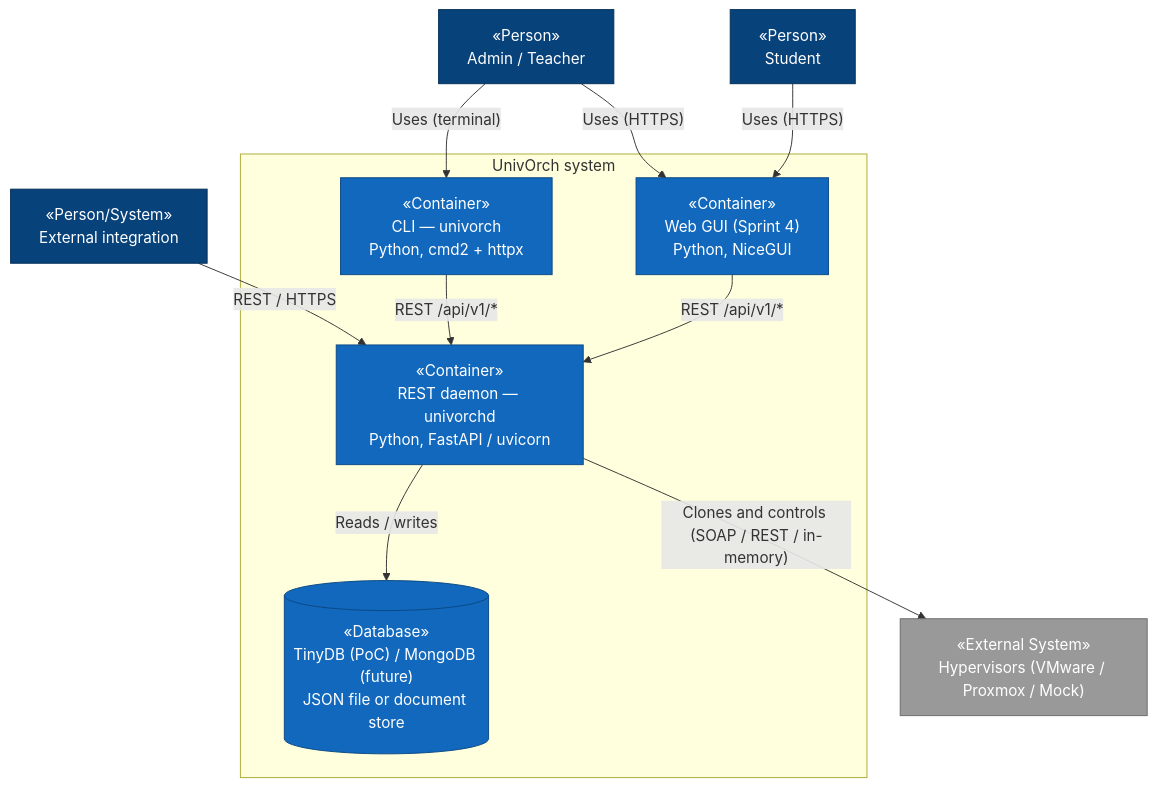
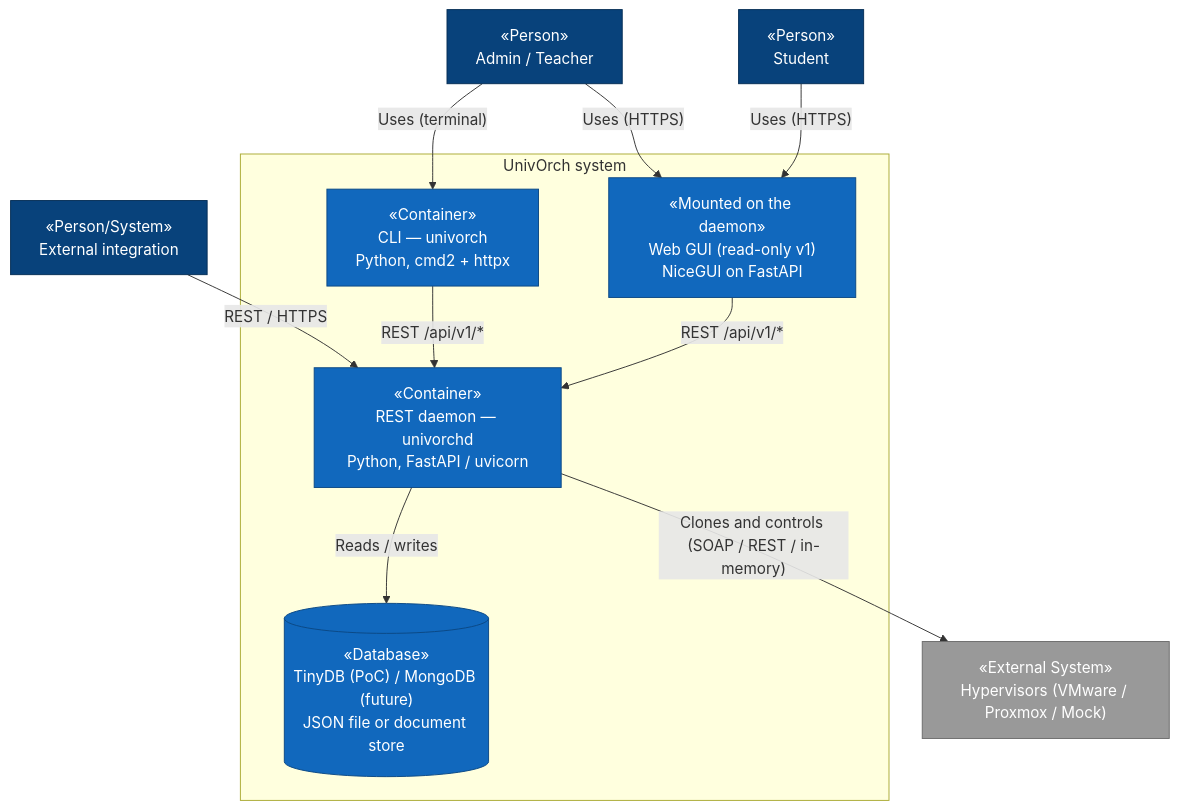
The second of 6 diagrams in docs/diagrams.md (clamaveruma/univorch), drawn with Mermaid before and after one commit. The commit also changed other lines of this file and 7 other files, not shown here.

````diff
--- a/docs/diagrams.md
+++ b/docs/diagrams.md
@@ -59,29 +59,29 @@
 ```mermaid
 flowchart TB
     admin["«Person»<br/>Admin / Teacher"]:::person
     student["«Person»<br/>Student"]:::person
     integrator["«Person/System»<br/>External integration"]:::person
 
     subgraph sys["UnivOrch system"]
         cli["«Container»<br/>CLI — univorch<br/>Python, cmd2 + httpx"]:::container
-        web["«Container»<br/>Web GUI (Sprint 4)<br/>Python, NiceGUI"]:::container
+        web["«Mounted on the daemon»<br/>Web GUI (read-only v1)<br/>NiceGUI on FastAPI"]:::container
         api["«Container»<br/>REST daemon — univorchd<br/>Python, FastAPI / uvicorn"]:::container
         db[("«Database»<br/>TinyDB (PoC) / MongoDB (future)<br/>JSON file or document store")]:::db
     end
 
     hv["«External System»<br/>Hypervisors (VMware / Proxmox / Mock)"]:::ext
 
     admin -->|"Uses (terminal)"| cli
     admin -->|"Uses (HTTPS)"| web
     student -->|"Uses (HTTPS)"| web
     integrator -->|"REST / HTTPS"| api
     cli -->|"REST /api/v1/*"| api
     web -->|"REST /api/v1/*"| api
     api -->|"Reads / writes"| db
     api -->|"Clones and controls (SOAP / REST / in-memory)"| hv
 
     classDef person fill:#08427b,color:#fff,stroke:#052e56;
     classDef container fill:#1168bd,color:#fff,stroke:#0b4884;
     classDef db fill:#1168bd,color:#fff,stroke:#0b4884;
     classDef ext fill:#999999,color:#fff,stroke:#6b6b6b;
 ```
````
